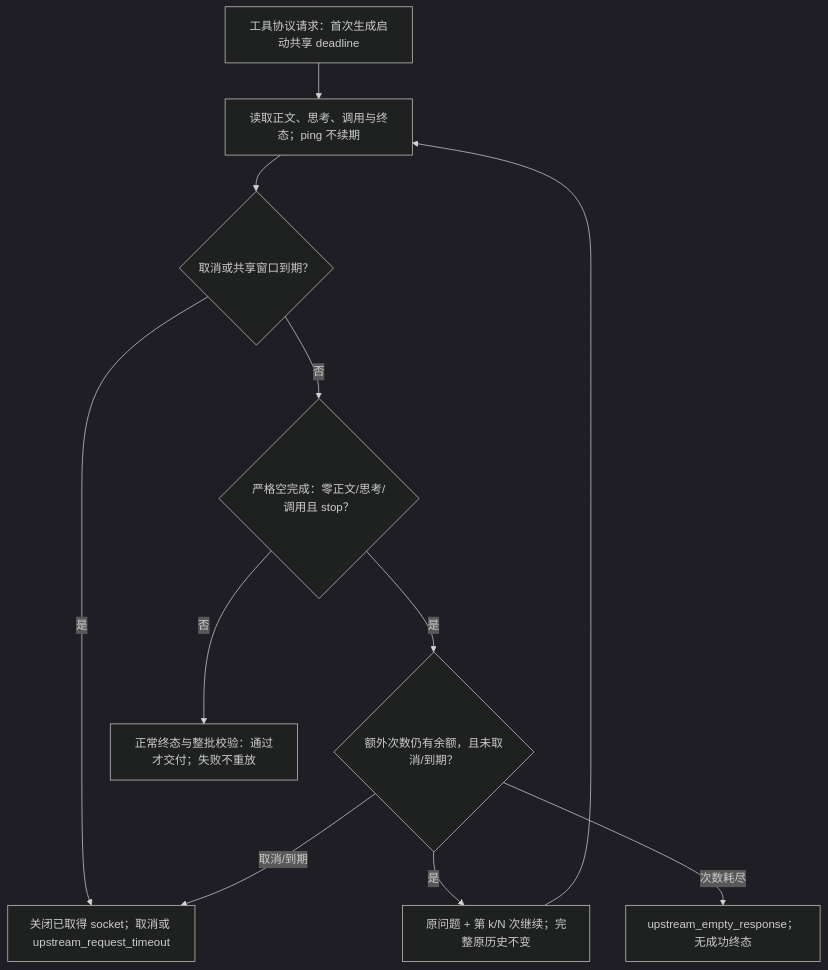
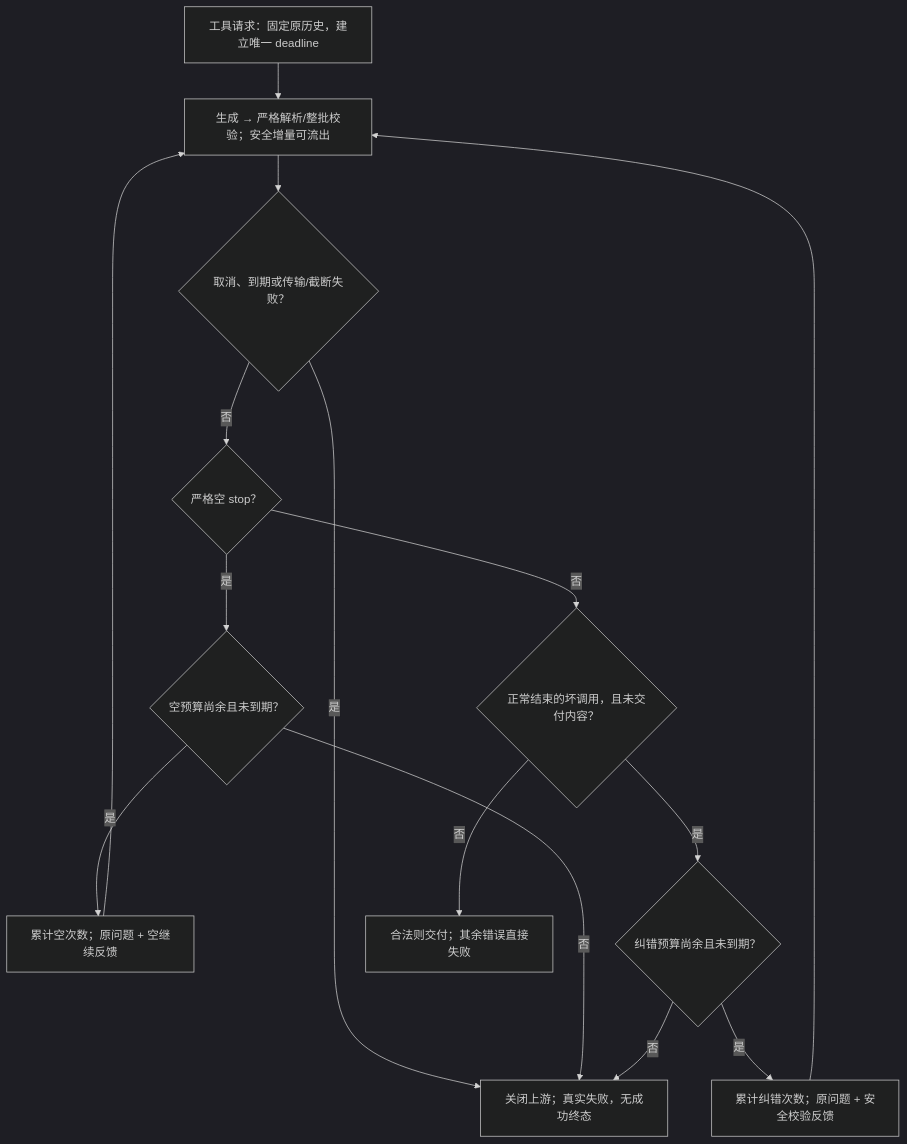
Before and after one commit to FrozenYears/shanghaitech-genai2api: the second of 2 diagrams in STAGE_NATIVE_FIRST.md, drawn with Mermaid (dark theme). The commit also changed other lines of this file and 25 other files, not shown here.

````diff
--- a/STAGE_NATIVE_FIRST.md
+++ b/STAGE_NATIVE_FIRST.md
@@ -93,13 +100,17 @@
 ```mermaid
 flowchart TD
-    A["工具协议请求：首次生成启动共享 deadline"] --> B["读取正文、思考、调用与终态；ping 不续期"]
-    B --> C{"取消或共享窗口到期？"}
-    C -->|"是"| T["关闭已取得 socket；取消或 upstream_request_timeout"]
-    C -->|"否"| D{"严格空完成：零正文/思考/调用且 stop？"}
-    D -->|"是"| E{"额外次数仍有余额，且未取消/到期？"}
-    E -->|"是"| F["原问题 + 第 k/N 次继续；完整原历史不变"]
+    A["工具请求：固定原历史，建立唯一 deadline"] --> B["生成 → 严格解析/整批校验；安全增量可流出"]
+    B --> C{"取消、到期或传输/截断失败？"}
+    C -->|"是"| X["关闭上游；真实失败，无成功终态"]
+    C -->|"否"| D{"严格空 stop？"}
+    D -->|"是"| E{"空预算尚余且未到期？"}
+    E -->|"是"| F["累计空次数；原问题 + 空继续反馈"]
     F --> B
-    E -->|"次数耗尽"| X["upstream_empty_response；无成功终态"]
-    E -->|"取消/到期"| T
-    D -->|"否"| V["正常终态与整批校验：通过才交付；失败不重放"]
+    E -->|"否"| X
+    D -->|"否"| G{"正常结束的坏调用，且未交付内容？"}
+    G -->|"是"| H{"纠错预算尚余且未到期？"}
+    H -->|"是"| I["累计纠错次数；原问题 + 安全校验反馈"]
+    I --> B
+    H -->|"否"| X
+    G -->|"否"| J["合法则交付；其余错误直接失败"]
 ```
````
